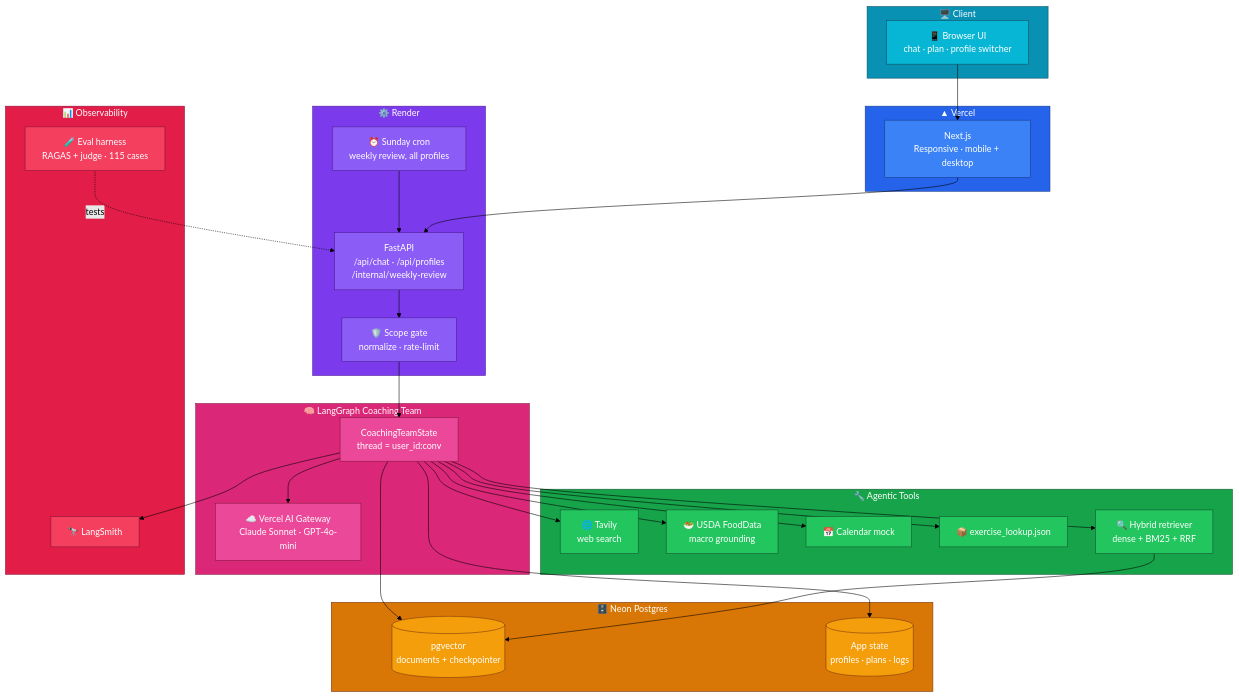
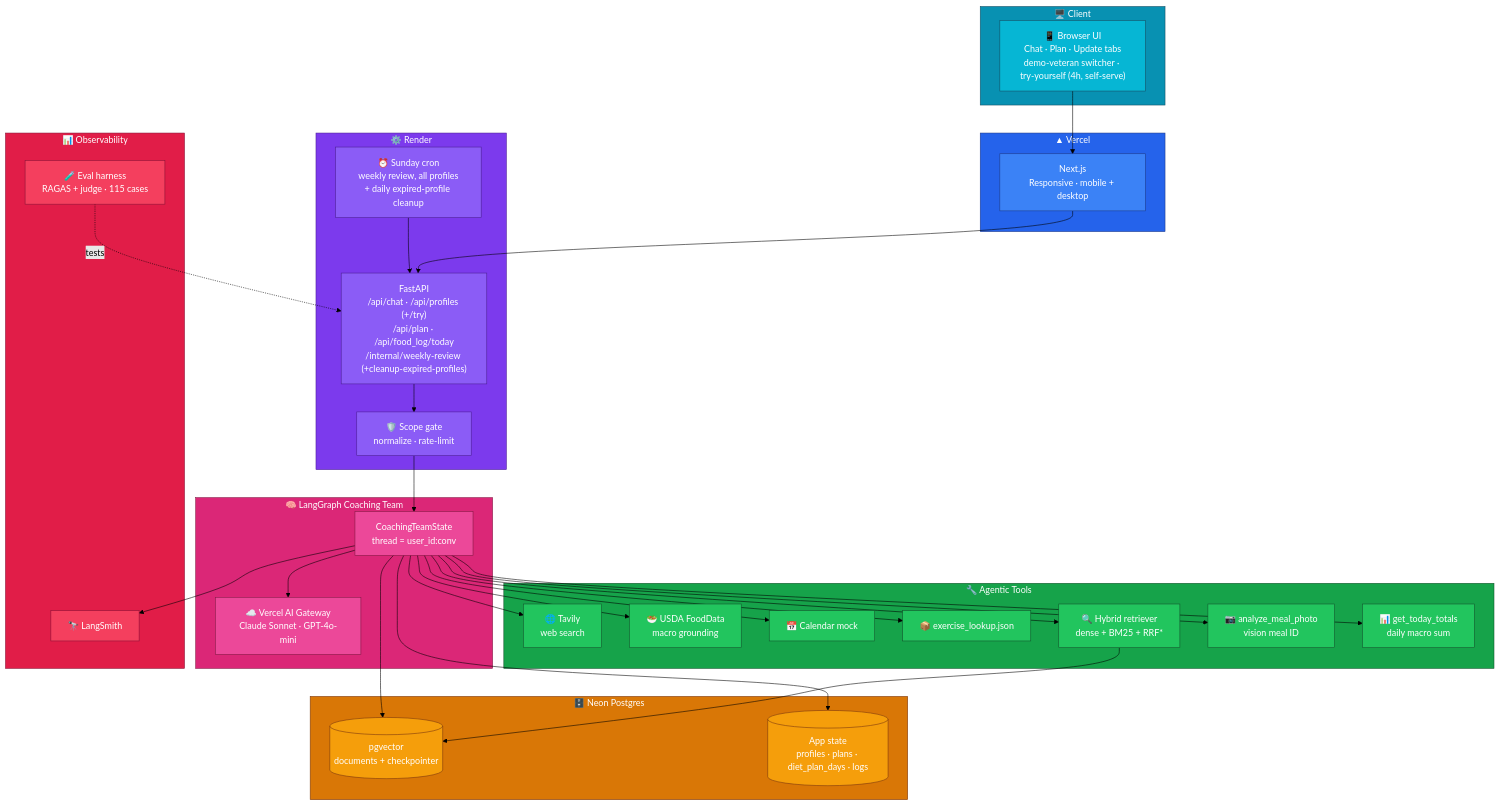
One commit to saurabhIU/SteadyFit changed the second of 3 diagrams in deliverables.md. Above: the diagram before and after it, drawn with Mermaid (forest theme). The commit also changed other lines of this file and 1 other file, not shown here.

Commit message:
docs: update architecture diagrams to reflect diet plan, photo logging, condition-aware nutrition, council critique, and the retriever fix

````diff
--- a/deliverables.md
+++ b/deliverables.md
@@ -104,74 +104,78 @@
 ```mermaid
 flowchart TD
     subgraph CLIENT["🖥️  Client"]
-        U["📱 Browser UI<br/>chat · plan · profile switcher"]
+        U["📱 Browser UI<br/>Chat · Plan · Update tabs<br/>demo-veteran switcher · try-yourself (4h, self-serve)"]
     end
 
     subgraph FRONTEND["▲  Vercel"]
         FE["Next.js<br/>Responsive · mobile + desktop"]
     end
 
     subgraph BACKEND["⚙️  Render"]
-        API["FastAPI<br/>/api/chat · /api/profiles<br/>/internal/weekly-review"]
+        API["FastAPI<br/>/api/chat · /api/profiles (+/try)<br/>/api/plan · /api/food_log/today<br/>/internal/weekly-review (+cleanup-expired-profiles)"]
         GATE["🛡️ Scope gate<br/>normalize · rate-limit"]
-        CRON["⏰ Sunday cron<br/>weekly review, all profiles"]
+        CRON["⏰ Sunday cron<br/>weekly review, all profiles<br/>+ daily expired-profile cleanup"]
     end
 
     subgraph AGENTS["🧠  LangGraph Coaching Team"]
         LG["CoachingTeamState<br/>thread = user_id:conv"]
         GW["☁️ Vercel AI Gateway<br/>Claude Sonnet · GPT-4o-mini"]
     end
 
     subgraph TOOLS["🔧  Agentic Tools"]
         TAV["🌐 Tavily<br/>web search"]
         FOOD["🥗 USDA FoodData<br/>macro grounding"]
         CAL["📅 Calendar mock"]
         XL["📦 exercise_lookup.json"]
-        RET["🔍 Hybrid retriever<br/>dense + BM25 + RRF"]
+        RET["🔍 Hybrid retriever<br/>dense + BM25 + RRF*"]
+        VIS["📷 analyze_meal_photo<br/>vision meal ID"]
+        TOT["📊 get_today_totals<br/>daily macro sum"]
     end
 
     subgraph STORAGE["🗄️  Neon Postgres"]
         PG[("pgvector<br/>documents + checkpointer")]
-        APP[("App state<br/>profiles · plans · logs")]
+        APP[("App state<br/>profiles · plans · diet_plan_days · logs")]
     end
 
     subgraph OBS["📊  Observability"]
         LS["🔭 LangSmith"]
         EV["🧪 Eval harness<br/>RAGAS + judge · 115 cases"]
     end
 
     U --> FE --> API
     CRON --> API
     API --> GATE --> LG
     LG --> GW
-    LG --> TAV & FOOD & CAL & XL & RET
+    LG --> TAV & FOOD & CAL & XL & RET & VIS & TOT
     RET --> PG
     LG --> PG & APP
     LG --> LS
     EV -.->|tests| API
 
     style CLIENT fill:#0891b2,stroke:#164e63,color:#fff
     style FRONTEND fill:#2563eb,stroke:#1e3a8a,color:#fff
     style BACKEND fill:#7c3aed,stroke:#4c1d95,color:#fff
     style AGENTS fill:#db2777,stroke:#831843,color:#fff
     style TOOLS fill:#16a34a,stroke:#14532d,color:#fff
     style STORAGE fill:#d97706,stroke:#78350f,color:#fff
     style OBS fill:#e11d48,stroke:#881337,color:#fff
 
     style U fill:#06b6d4,stroke:#164e63,color:#fff
     style FE fill:#3b82f6,stroke:#1e3a8a,color:#fff
     style API fill:#8b5cf6,stroke:#4c1d95,color:#fff
     style GATE fill:#8b5cf6,stroke:#4c1d95,color:#fff
     style CRON fill:#8b5cf6,stroke:#4c1d95,color:#fff
     style LG fill:#ec4899,stroke:#831843,color:#fff
     style GW fill:#ec4899,stroke:#831843,color:#fff
     style TAV fill:#22c55e,stroke:#14532d,color:#fff
     style FOOD fill:#22c55e,stroke:#14532d,color:#fff
     style CAL fill:#22c55e,stroke:#14532d,color:#fff
     style XL fill:#22c55e,stroke:#14532d,color:#fff
     style RET fill:#22c55e,stroke:#14532d,color:#fff
+    style VIS fill:#22c55e,stroke:#14532d,color:#fff
+    style TOT fill:#22c55e,stroke:#14532d,color:#fff
     style PG fill:#f59e0b,stroke:#78350f,color:#fff
     style APP fill:#f59e0b,stroke:#78350f,color:#fff
     style LS fill:#f43f5e,stroke:#881337,color:#fff
     style EV fill:#f43f5e,stroke:#881337,color:#fff
 ```
````
